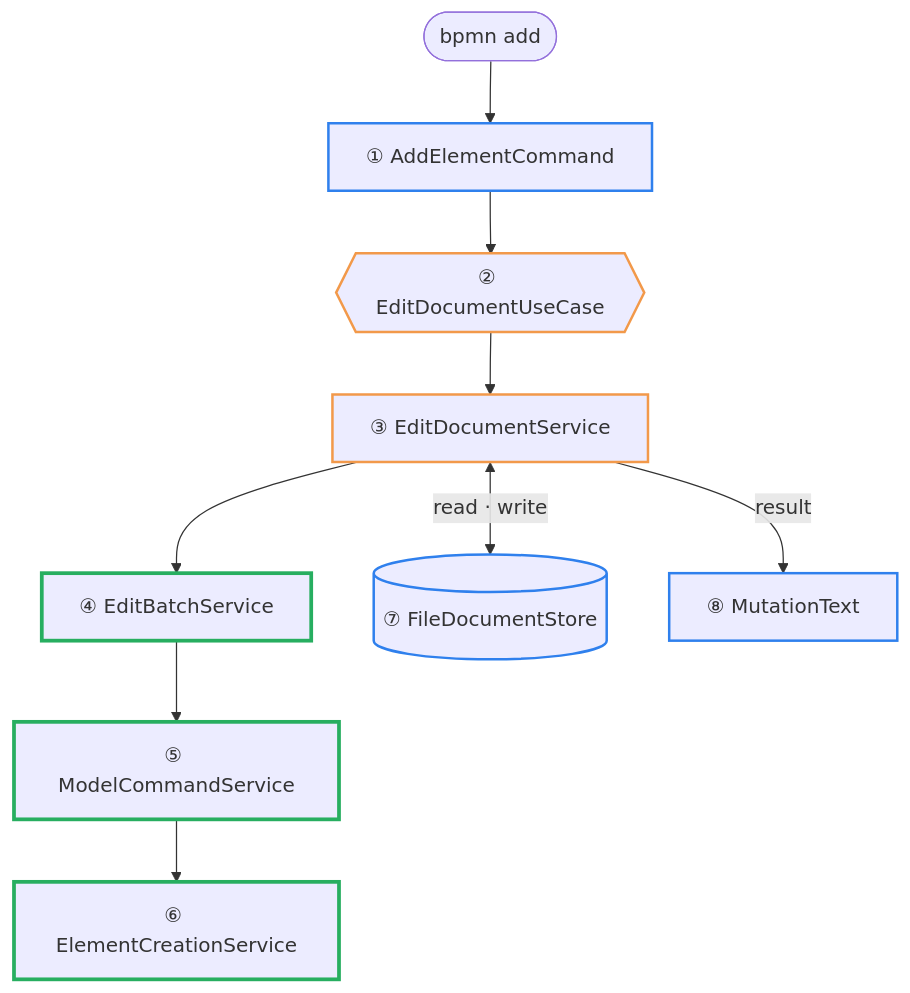
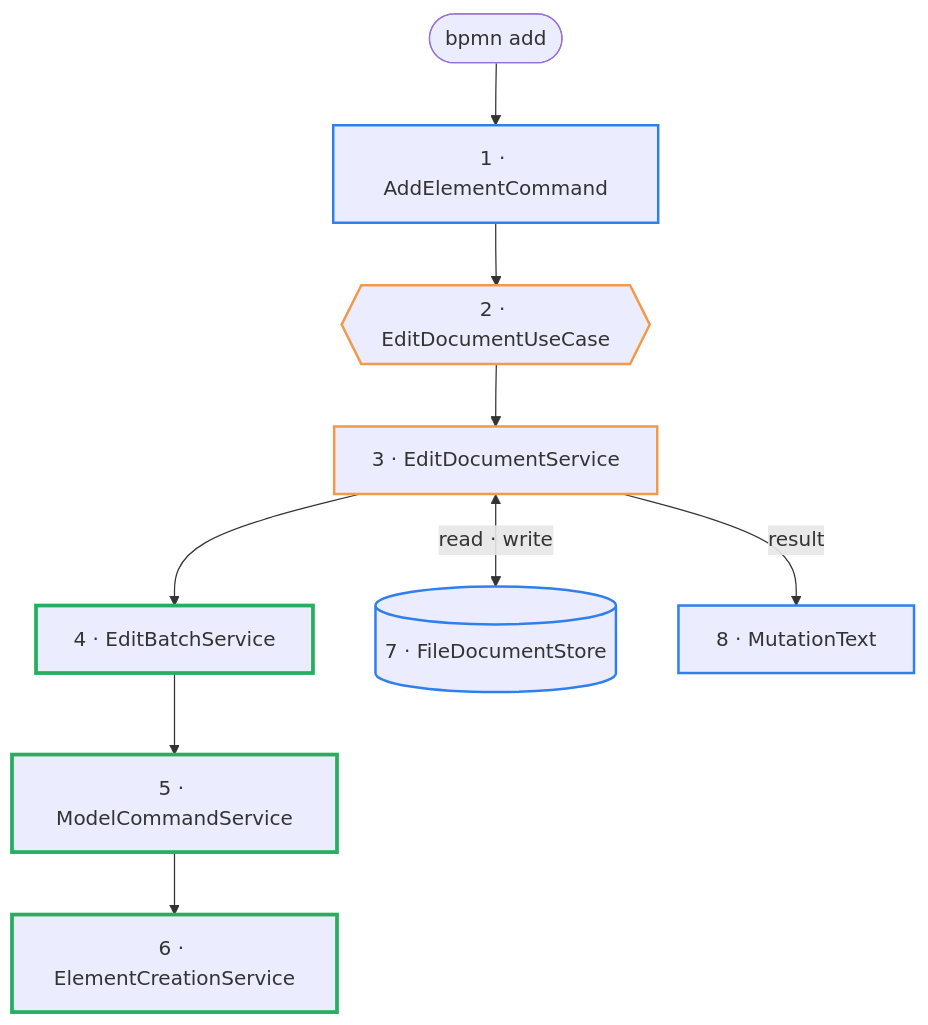
The second of 3 diagrams in docs/architecture.md (Miragon/bpmn-cli), drawn with Mermaid before and after one commit. The commit also changed other lines of this file, not shown here.

Commit message:
docs(architecture): show each journey step as a shortened real function, diagrams top down, plain step numbers

````diff
--- a/docs/architecture.md
+++ b/docs/architecture.md
@@ -56,13 +56,13 @@
 ```mermaid
 flowchart TB
-  user(["bpmn add"]) --> s1["① AddElementCommand"] --> s2{{"② EditDocumentUseCase"}} --> s3["③ EditDocumentService"] --> s4["④ EditBatchService"] --> s5["⑤ ModelCommandService"] --> s6["⑥ ElementCreationService"]
-  s3 <-- "read · write" --> s7[("⑦ FileDocumentStore")]
-  s3 -- result --> s8["⑧ MutationText"]
+  user(["bpmn add"]) --> s1["1 · AddElementCommand"] --> s2{{"2 · EditDocumentUseCase"}} --> s3["3 · EditDocumentService"] --> s4["4 · EditBatchService"] --> s5["5 · ModelCommandService"] --> s6["6 · ElementCreationService"]
+  s3 <-- "read · write" --> s7[("7 · FileDocumentStore")]
+  s3 -- result --> s8["8 · MutationText"]
 
   classDef adapter stroke:#2f80ed,stroke-width:2px
   classDef app stroke:#f2994a,stroke-width:2px
   classDef core stroke:#27ae60,stroke-width:3px
   class s1,s7,s8 adapter
   class s2,s3 app
   class s4,s5,s6 core
 ```
````
